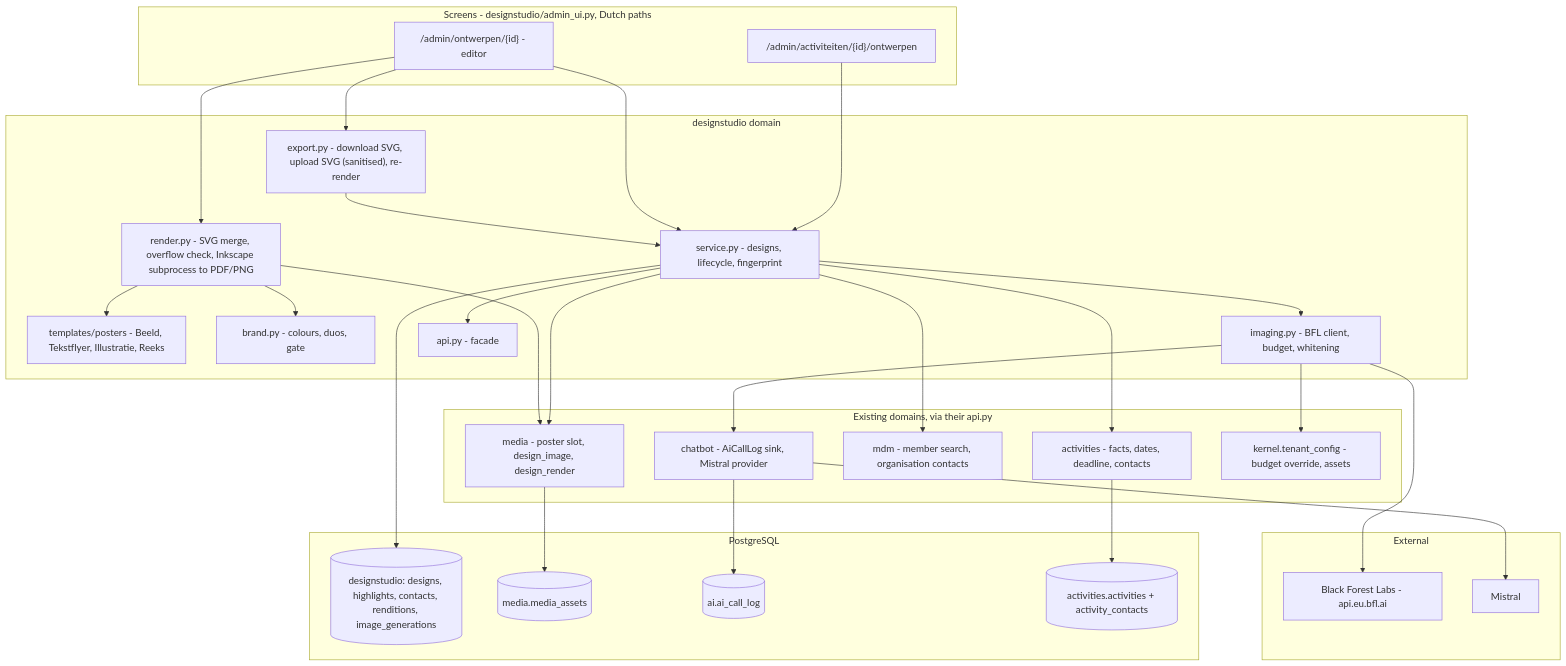
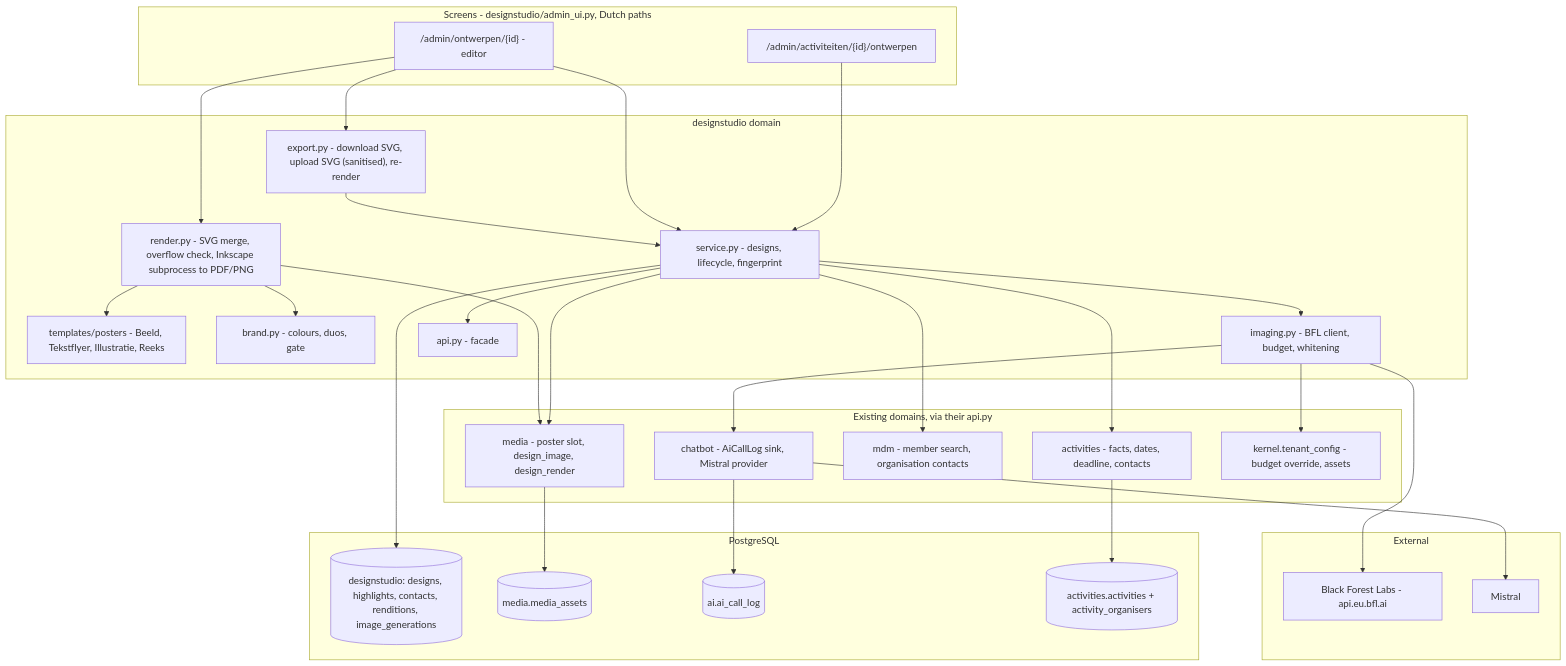
One commit to KoenRenders/KoenTest changed the second of 3 diagrams in docs/change_request_10_design_studio.md. Above: the diagram before and after it, drawn with Mermaid. The commit also changed other lines of this file, not shown here.

First line of the commit message:
docs(CR-10): organisers (max three) replace contacts; formatted text blocks; no payment block; logo strip; three image slots; Brood en spelen in the pilot

````diff
--- a/docs/change_request_10_design_studio.md
+++ b/docs/change_request_10_design_studio.md
@@ -451,54 +451,54 @@
 ```mermaid
 flowchart TB
   subgraph UI["Screens - designstudio/admin_ui.py, Dutch paths"]
     u1["/admin/activiteiten/{id}/ontwerpen"]
     u2["/admin/ontwerpen/{id} - editor"]
   end
   subgraph DS["designstudio domain"]
     svc["service.py - designs, lifecycle, fingerprint"]
     rnd["render.py - SVG merge, overflow check, Inkscape subprocess to PDF/PNG"]
     exp["export.py - download SVG, upload SVG (sanitised), re-render"]
     tpl["templates/posters - Beeld, Tekstflyer, Illustratie, Reeks"]
     brand["brand.py - colours, duos, gate"]
     ai["imaging.py - BFL client, budget, whitening"]
     api["api.py - facade"]
   end
   subgraph EXT["Existing domains, via their api.py"]
     act["activities - facts, dates, deadline, contacts"]
     med["media - poster slot, design_image, design_render"]
     mdm["mdm - member search, organisation contacts"]
     chat["chatbot - AiCallLog sink, Mistral provider"]
     cfg["kernel.tenant_config - budget override, assets"]
   end
   subgraph DB["PostgreSQL"]
     d1[("designstudio: designs, highlights, contacts, renditions, image_generations")]
     d2[("media.media_assets")]
     d3[("ai.ai_call_log")]
-    d4[("activities.activities + activity_contacts")]
+    d4[("activities.activities + activity_organisers")]
   end
   subgraph OUT["External"]
     bfl["Black Forest Labs - api.eu.bfl.ai"]
     mis["Mistral"]
   end
   u1 --> svc
   u2 --> svc
   u2 --> rnd
   u2 --> exp
   exp --> svc
   svc --> api
   svc --> act
   svc --> med
   svc --> mdm
   svc --> d1
   svc --> ai
   rnd --> tpl
   rnd --> brand
   rnd --> med
   ai --> bfl
   ai --> chat
   ai --> cfg
   chat --> d3
   chat --> mis
   med --> d2
   act --> d4
 ```
````
